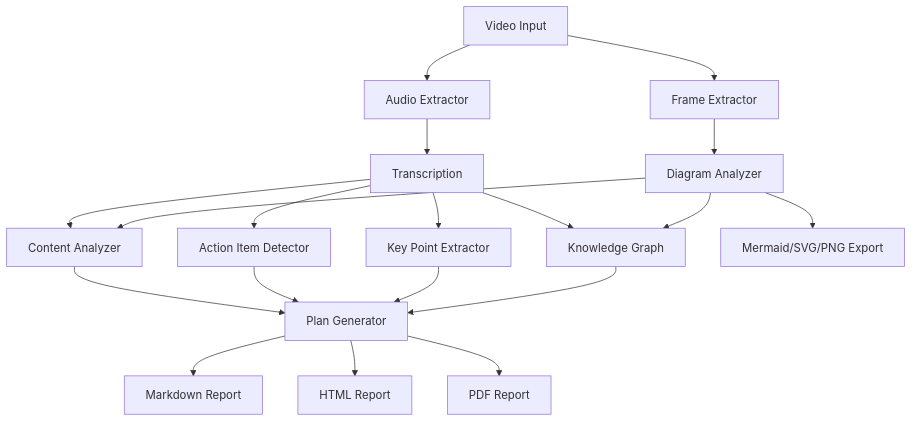
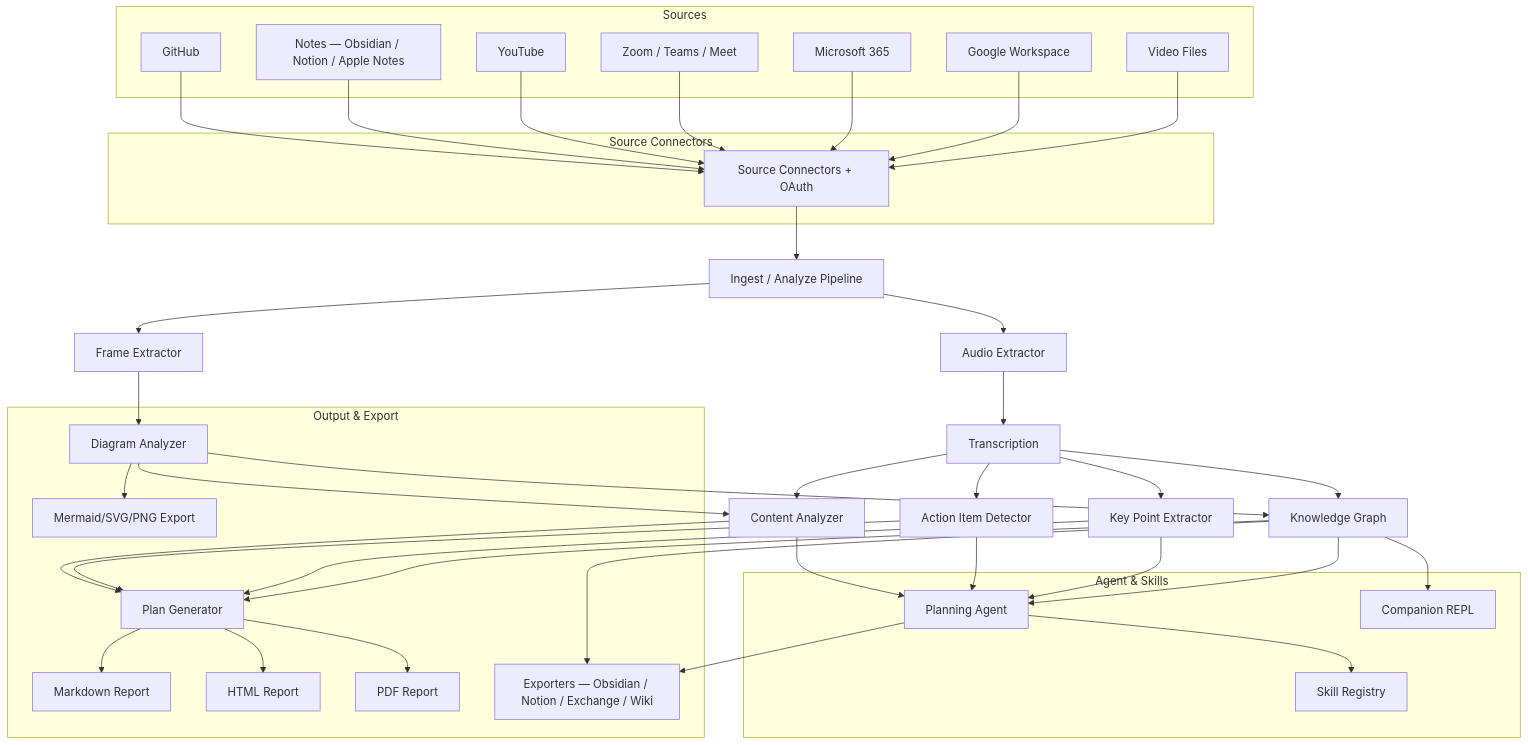
One commit to ConflictHQ/PlanOpticon changed the diagram in docs/architecture/overview.md. Above: the diagram before and after it, drawn with Mermaid. The commit also changed other lines of this file and 8 other files, not shown here.

````diff
--- a/docs/architecture/overview.md
+++ b/docs/architecture/overview.md
@@ -5,21 +5,66 @@
 ```mermaid
 graph TD
-    A[Video Input] --> B[Frame Extractor]
+    subgraph Sources
+        S1[Video Files]
+        S2[Google Workspace]
+        S3[Microsoft 365]
+        S4[Zoom / Teams / Meet]
+        S5[YouTube]
+        S6[Notes — Obsidian / Notion / Apple Notes]
+        S7[GitHub]
+    end
+
+    subgraph Source Connectors
+        SC[Source Connectors + OAuth]
+    end
+
+    S1 --> SC
+    S2 --> SC
+    S3 --> SC
+    S4 --> SC
+    S5 --> SC
+    S6 --> SC
+    S7 --> SC
+
+    SC --> A[Ingest / Analyze Pipeline]
+
+    A --> B[Frame Extractor]
     A --> C[Audio Extractor]
     B --> D[Diagram Analyzer]
     C --> E[Transcription]
     D --> F[Knowledge Graph]
     E --> F
     E --> G[Key Point Extractor]
     E --> H[Action Item Detector]
     D --> I[Content Analyzer]
     E --> I
+
+    subgraph Agent & Skills
+        AG[Planning Agent]
+        SK[Skill Registry]
+        CO[Companion REPL]
+    end
+
+    F --> AG
+    G --> AG
+    H --> AG
+    I --> AG
+    AG --> SK
+    F --> CO
+
     F --> J[Plan Generator]
     G --> J
     H --> J
     I --> J
-    J --> K[Markdown Report]
-    J --> L[HTML Report]
-    J --> M[PDF Report]
-    D --> N[Mermaid/SVG/PNG Export]
+
+    subgraph Output & Export
+        J --> K[Markdown Report]
+        J --> L[HTML Report]
+        J --> M[PDF Report]
+        D --> N[Mermaid/SVG/PNG Export]
+        EX[Exporters — Obsidian / Notion / Exchange / Wiki]
+    end
+
+    AG --> EX
+    F --> EX
 ```
````
